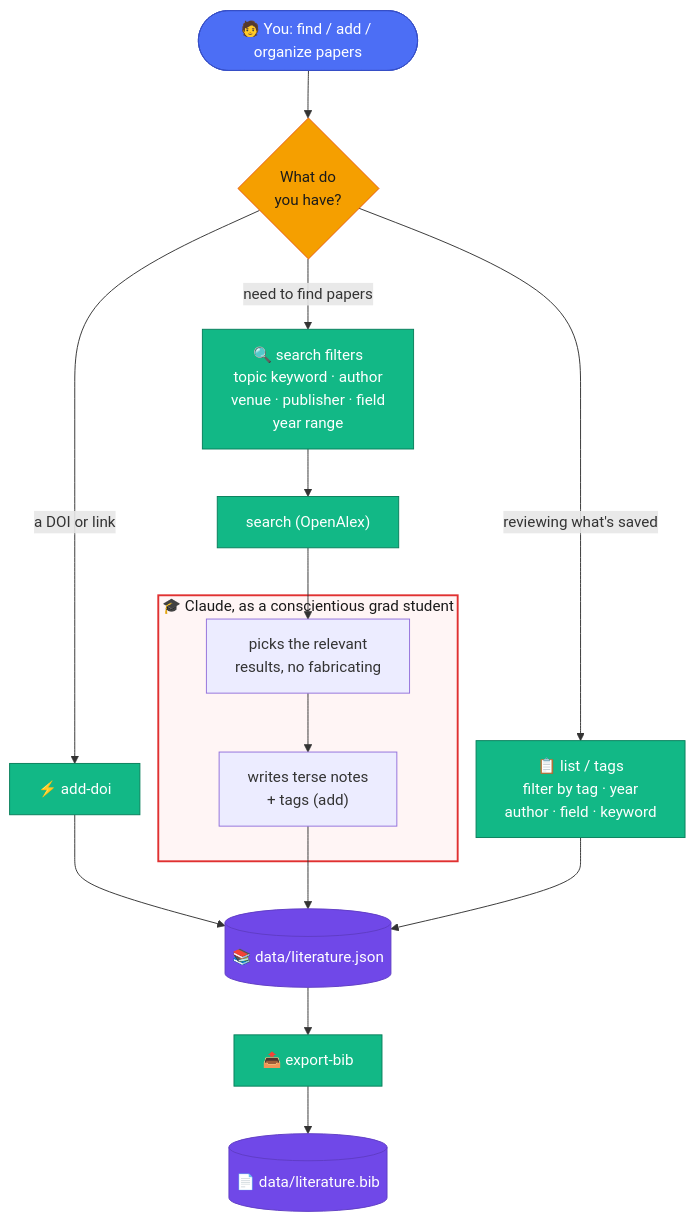
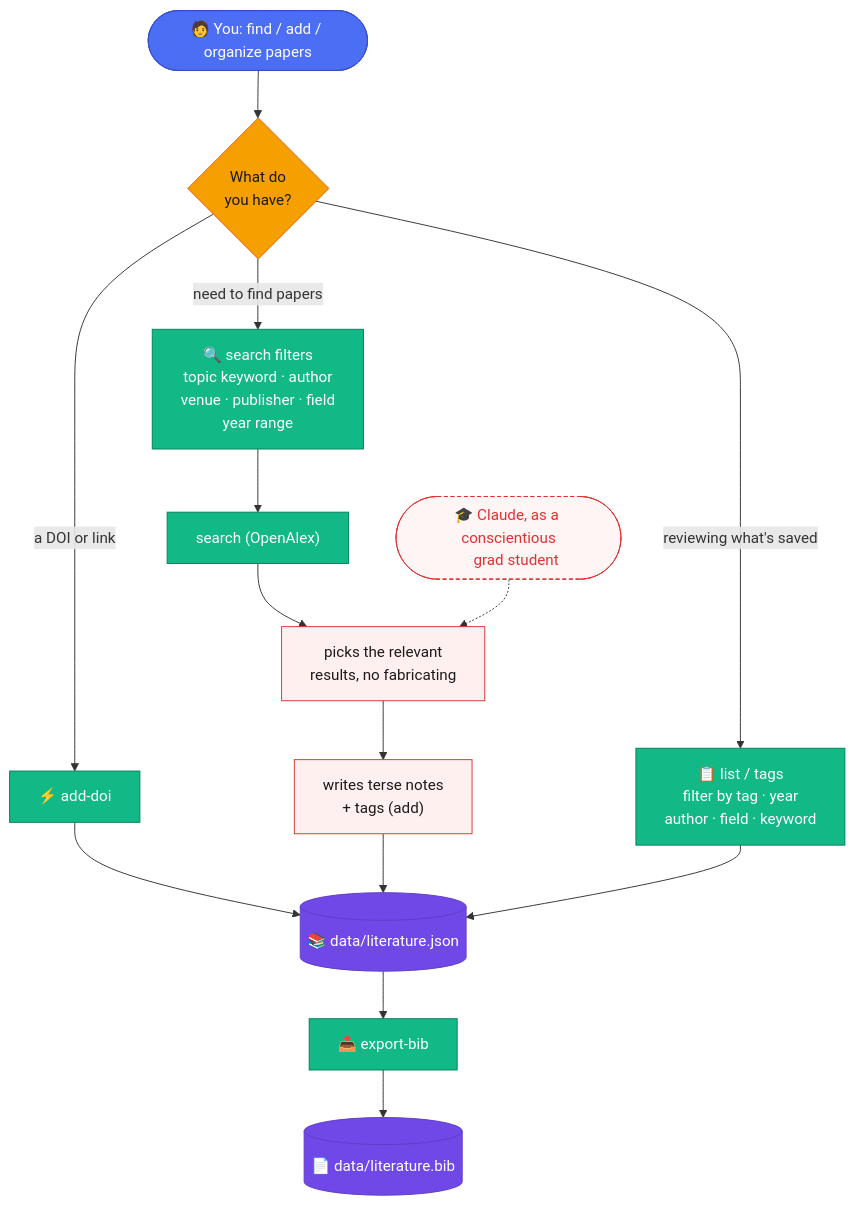
One commit to jacklin92/literature-skill changed the diagram in README.md. Above: the diagram before and after it, drawn with Mermaid. The commit also changed 1 other file, not shown here.

Commit message:
Fix mermaid subgraph title overlapping the incoming arrow
The "Claude, as a conscientious grad student" subgraph's title text sat
right where the edge from search() entered the box, so the arrowhead
rendered on top of the label ("conscie<-arrow->tious"). Confirmed by
re-rendering at GitHub's actual narrow column width (760px), not just
my earlier wide test viewport where it happened not to collide.

Replaced the subgraph with a dashed annotation node pointing at the two
role-governed steps via a dotted (non-flow) edge, plus a distinct red
outline classDef on those two nodes - same information, no container
whose title can overlap a crossing edge.

Claude-Session: https://claude.ai/code/session_01X3Pk8YPgQy5vXRGuWMQUVx

````diff
--- a/README.md
+++ b/README.md
@@ -19,41 +19,42 @@
 ```mermaid
 flowchart TD
     U(["🧑 You: find / add / organize papers"]) --> Q{What do<br/>you have?}
 
     Q -->|a DOI or link| AD["⚡ add-doi"]
     Q -->|need to find papers| SP["🔍 search filters
     topic keyword · author
     venue · publisher · field
     year range"]
     Q -->|reviewing what's saved| L["📋 list / tags
     filter by tag · year
     author · field · keyword"]
 
     SP --> S["search (OpenAlex)"]
-    S --> R
-
-    subgraph ROLE["🎓 Claude, as a conscientious grad student"]
-        R["picks the relevant
-        results, no fabricating"]
-        R --> AD2["writes terse notes
-        + tags (add)"]
-    end
+    S --> R["picks the relevant
+    results, no fabricating"]
+    R --> AD2["writes terse notes
+    + tags (add)"]
+    ROLE(["🎓 Claude, as a conscientious
+    grad student"]) -.-> R
 
     AD --> J[("📚 data/literature.json")]
     AD2 --> J
     L --> J
 
     J --> B["📤 export-bib"]
     B --> F[("📄 data/literature.bib")]
 
     classDef input fill:#4c6ef5,stroke:#364fc7,color:#fff
     classDef action fill:#12b886,stroke:#087f5b,color:#fff
     classDef decision fill:#f59f00,stroke:#e8590c,color:#1a1a1a
     classDef store fill:#7048e8,stroke:#5f3dc4,color:#fff
+    classDef role fill:#fff0f0,stroke:#e03131,color:#1a1a1a
+    classDef roletag fill:#fff5f5,stroke:#e03131,stroke-dasharray:4 3,color:#e03131
 
     class U input
     class Q decision
     class AD,SP,S,L,B action
     class J,F store
-    style ROLE fill:#fff5f5,stroke:#e03131,stroke-width:2px,color:#1a1a1a
+    class R,AD2 role
+    class ROLE roletag
 ```
````
